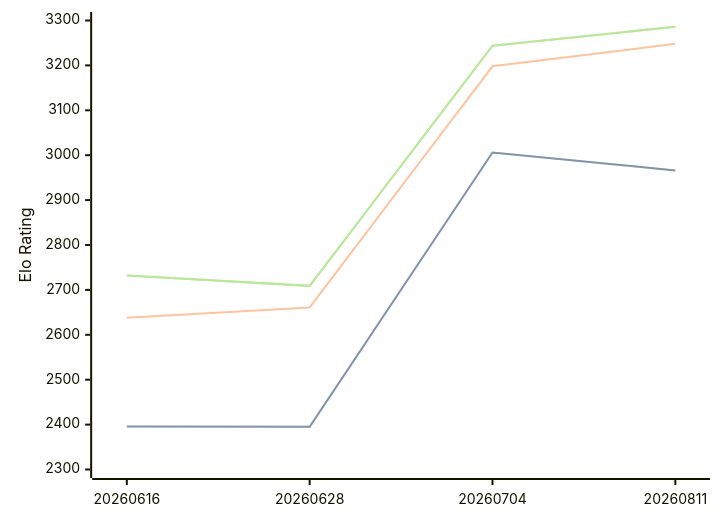
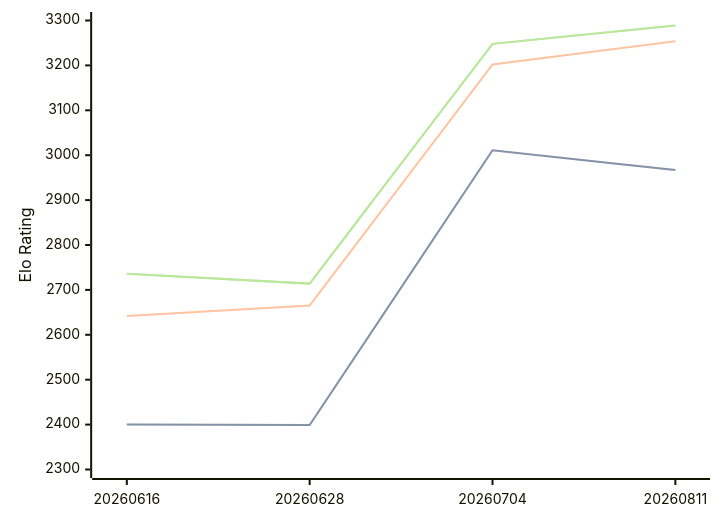
One commit to computer-chess-index/cci changed the diagram in engines/Askaig.md. Above: the diagram before and after it, drawn with Mermaid. The commit also changed other lines of this file, not shown here.

Commit message:
Update CCI Ratings (ELO VLTC) - 2026-08-18

````diff
--- a/engines/Askaig.md
+++ b/engines/Askaig.md
@@ -36,11 +36,11 @@
 ```mermaid
 %%{init: {"theme":"base","themeVariables":{"seriesColors:['#a3a3a3','#222221','#faa371']}}}%%
 xychart-beta
   x-axis ["20260616", "20260628", "20260704", "20260811"]
   y-axis "Elo Rating" 2300 --> 3300
-  line "STC (8.0+0.08s)" [2396, 2395, 3006, 2966]
-  line "STC (8.0+0.08s)" [2396, 2395, 3006, 2966]
-  line "LTC (60.0+0.60s)" [2638, 2661, 3198, 3248]
-  line "VLTC (2m24s+1.12s)" [2732, 2709, 3244, 3286]
-  line "VLTC (2m24s+1.12s)" [2732, 2709, 3244, 3286]
+  line "STC (8.0+0.08s)" [2400, 2399, 3011, 2967]
+  line "STC (8.0+0.08s)" [2400, 2399, 3011, 2967]
+  line "LTC (60.0+0.60s)" [2642, 2665, 3202, 3254]
+  line "VLTC (2m24s+1.12s)" [2736, 2714, 3248, 3289]
+  line "VLTC (2m24s+1.12s)" [2736, 2714, 3248, 3289]
 ```
````
